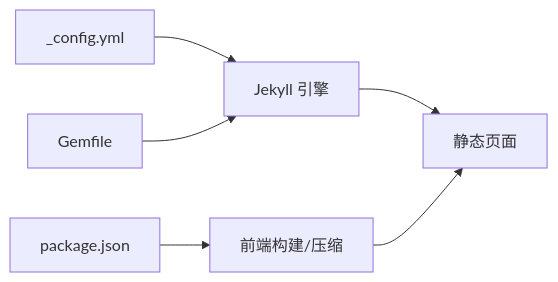
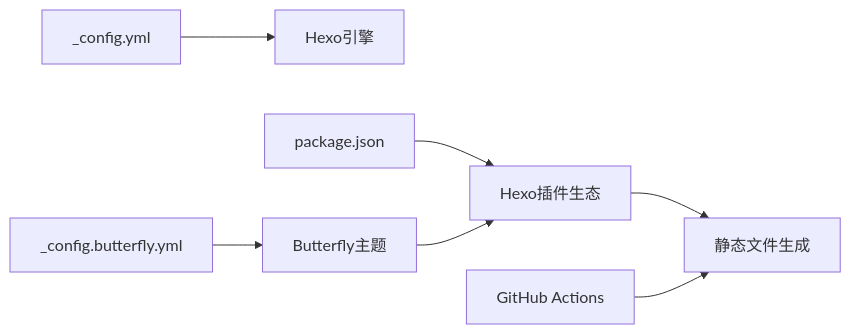
Before and after one commit to CoolPig0720/CoolPig0720.github.io: the fifth of 5 diagrams in .qoder/repowiki/zh/content/项目概述/架构设计.md, drawn with Mermaid. The commit also changed other lines of this file and 36 other files, not shown here.

````diff
--- a/.qoder/repowiki/zh/content/项目概述/架构设计.md
+++ b/.qoder/repowiki/zh/content/项目概述/架构设计.md
@@ -295,8 +292,9 @@
 ```mermaid
 graph LR
-CFG["_config.yml"] --> Jekyll["Jekyll 引擎"]
-Gem["Gemfile"] --> Jekyll
-PKG["package.json"] --> Build["前端构建/压缩"]
-Jekyll --> Out["静态页面"]
-Build --> Out
+CFG["_config.yml"] --> Hexo["Hexo引擎"]
+BTFLY["_config.butterfly.yml"] --> Theme["Butterfly主题"]
+PKG["package.json"] --> Plugins["Hexo插件生态"]
+Theme --> Plugins
+Plugins --> Build["静态文件生成"]
+Deploy["GitHub Actions"] --> Build
 ```
````
